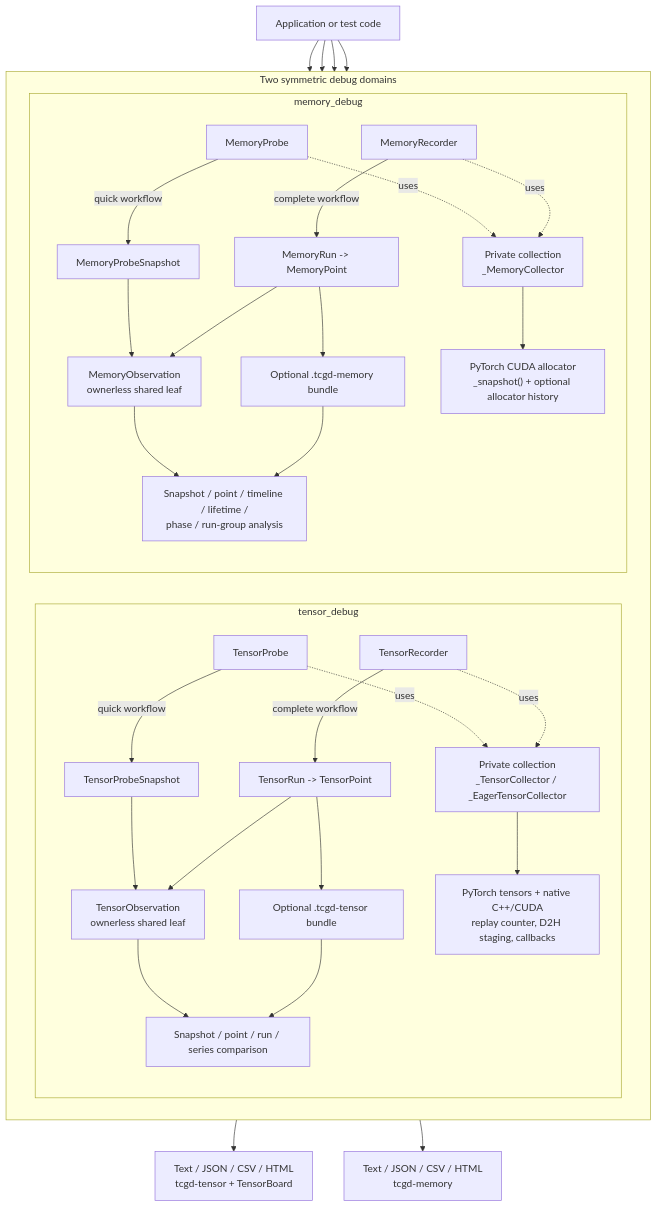
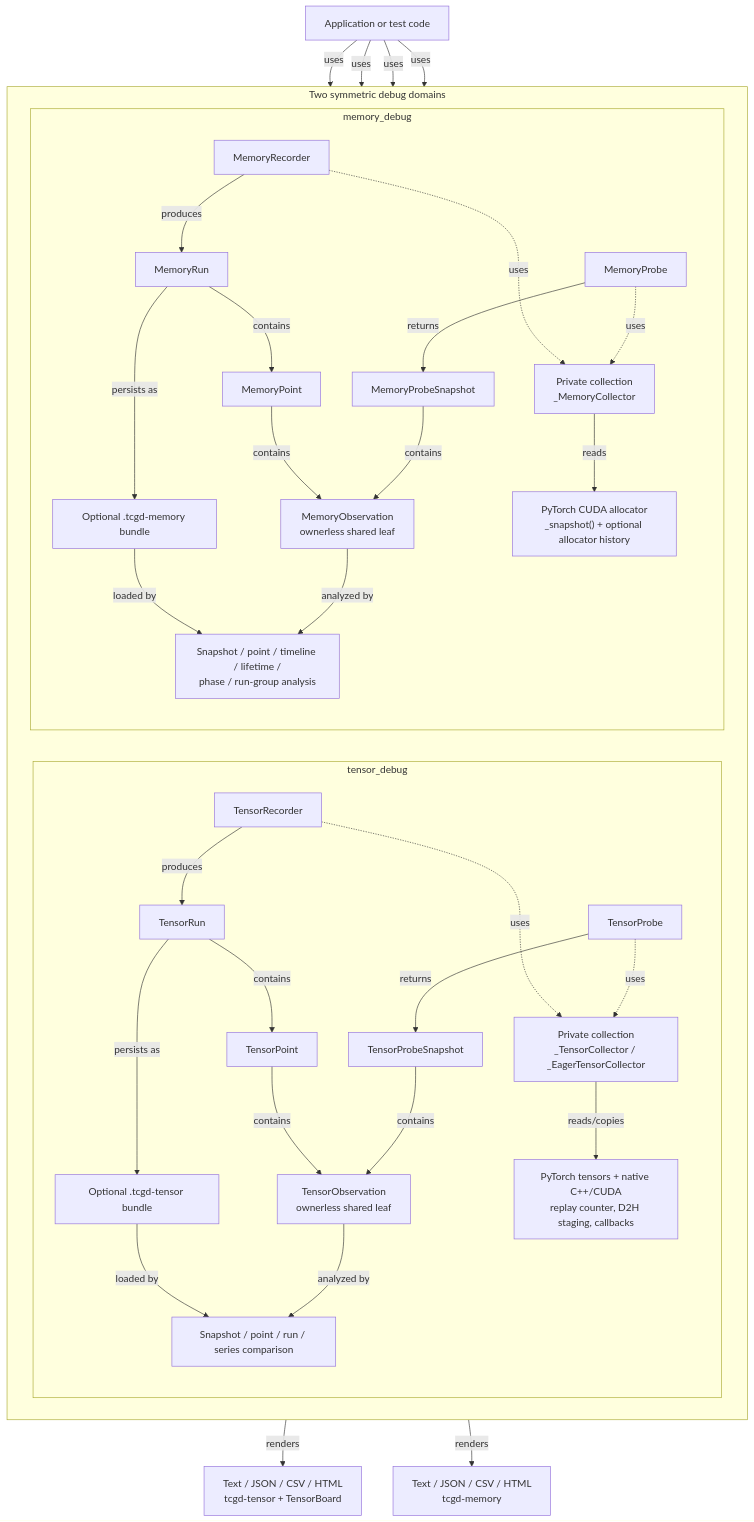
One commit to buptzyb/torch-cudagraph-debug changed the diagram in README.md. Above: the diagram before and after it, drawn with Mermaid. The commit also changed other lines of this file and 11 other files, not shown here.

````diff
--- a/README.md
+++ b/README.md
@@ -21,64 +23,68 @@
 ```mermaid
 flowchart TB
     APP["Application or test code"]
 
     subgraph DOMAINS["Two symmetric debug domains"]
         direction LR
 
         subgraph TENSOR["tensor_debug"]
             direction TB
             TP["TensorProbe"]
             TPS["TensorProbeSnapshot"]
             TR["TensorRecorder"]
-            TRUN["TensorRun -> TensorPoint"]
+            TRUN["TensorRun"]
+            TPOINT["TensorPoint"]
             TO["TensorObservation<br/>ownerless shared leaf"]
             TC["Private collection<br/>_TensorCollector / _EagerTensorCollector"]
             TSRC["PyTorch tensors + native C++/CUDA<br/>replay counter, D2H staging, callbacks"]
             TB["Optional .tcgd-tensor bundle"]
             TA["Snapshot / point / run / series comparison"]
 
-            TP -->|quick workflow| TPS
-            TPS --> TO
-            TR -->|complete workflow| TRUN
-            TRUN --> TO
-            TRUN --> TB
+            TP -->|returns| TPS
+            TPS -->|contains| TO
+            TR -->|produces| TRUN
+            TRUN -->|contains| TPOINT
+            TPOINT -->|contains| TO
+            TRUN -->|persists as| TB
             TP -. uses .-> TC
             TR -. uses .-> TC
-            TC --> TSRC
-            TO --> TA
-            TB --> TA
+            TC -->|reads/copies| TSRC
+            TO -->|analyzed by| TA
+            TB -->|loaded by| TA
         end
 
         subgraph MEMORY["memory_debug"]
             direction TB
             MP["MemoryProbe"]
             MPS["MemoryProbeSnapshot"]
             MR["MemoryRecorder"]
-            MRUN["MemoryRun -> MemoryPoint"]
+            MRUN["MemoryRun"]
+            MPOINT["MemoryPoint"]
             MO["MemoryObservation<br/>ownerless shared leaf"]
             MC["Private collection<br/>_MemoryCollector"]
             MSRC["PyTorch CUDA allocator<br/>_snapshot() + optional allocator history"]
             MB["Optional .tcgd-memory bundle"]
             MA["Snapshot / point / timeline / lifetime /<br/>phase / run-group analysis"]
 
-            MP -->|quick workflow| MPS
-            MPS --> MO
-            MR -->|complete workflow| MRUN
-            MRUN --> MO
-            MRUN --> MB
+            MP -->|returns| MPS
+            MPS -->|contains| MO
+            MR -->|produces| MRUN
+            MRUN -->|contains| MPOINT
+            MPOINT -->|contains| MO
+            MRUN -->|persists as| MB
             MP -. uses .-> MC
             MR -. uses .-> MC
-            MC --> MSRC
-            MO --> MA
-            MB --> MA
+            MC -->|reads| MSRC
+            MO -->|analyzed by| MA
+            MB -->|loaded by| MA
         end
     end
 
-    APP --> TP
-    APP --> TR
-    APP --> MP
-    APP --> MR
+    APP -->|uses| TP
+    APP -->|uses| TR
+    APP -->|uses| MP
+    APP -->|uses| MR
 
-    TA --> TOUT["Text / JSON / CSV / HTML<br/>tcgd-tensor + TensorBoard"]
-    MA --> MOUT["Text / JSON / CSV / HTML<br/>tcgd-memory"]
+    TA -->|renders| TOUT["Text / JSON / CSV / HTML<br/>tcgd-tensor + TensorBoard"]
+    MA -->|renders| MOUT["Text / JSON / CSV / HTML<br/>tcgd-memory"]
 ```
````
